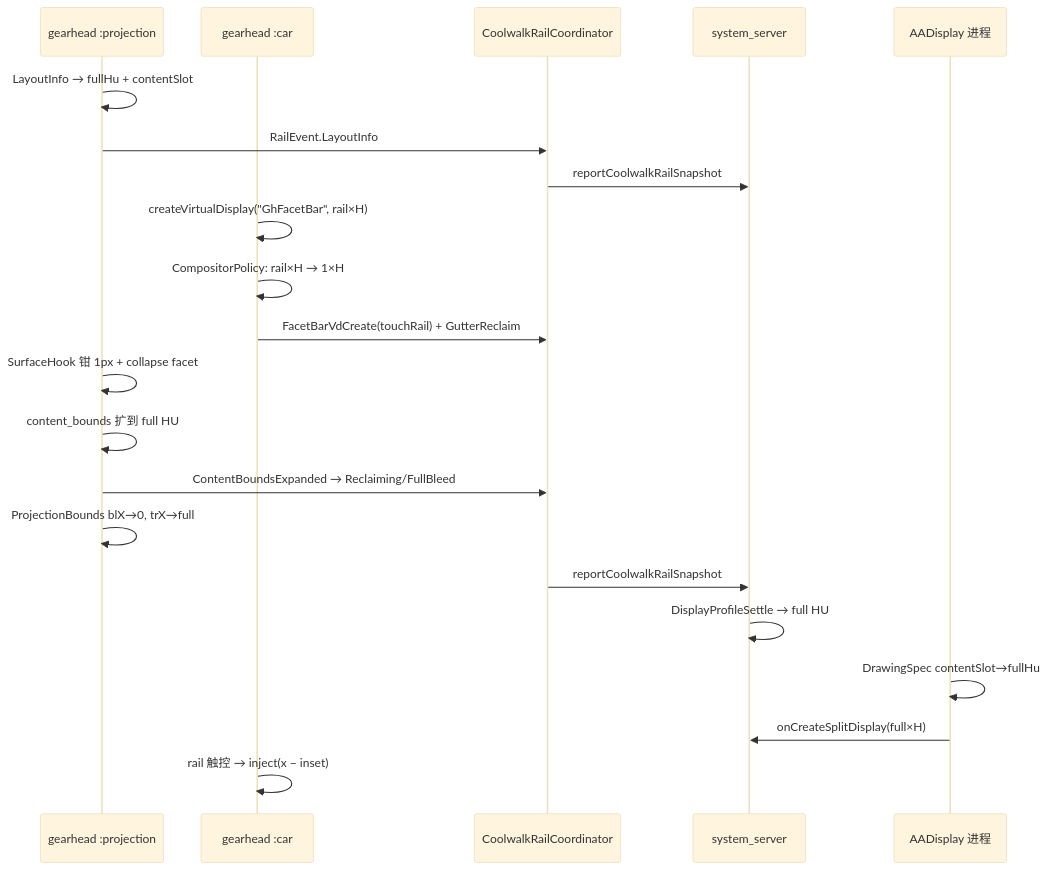
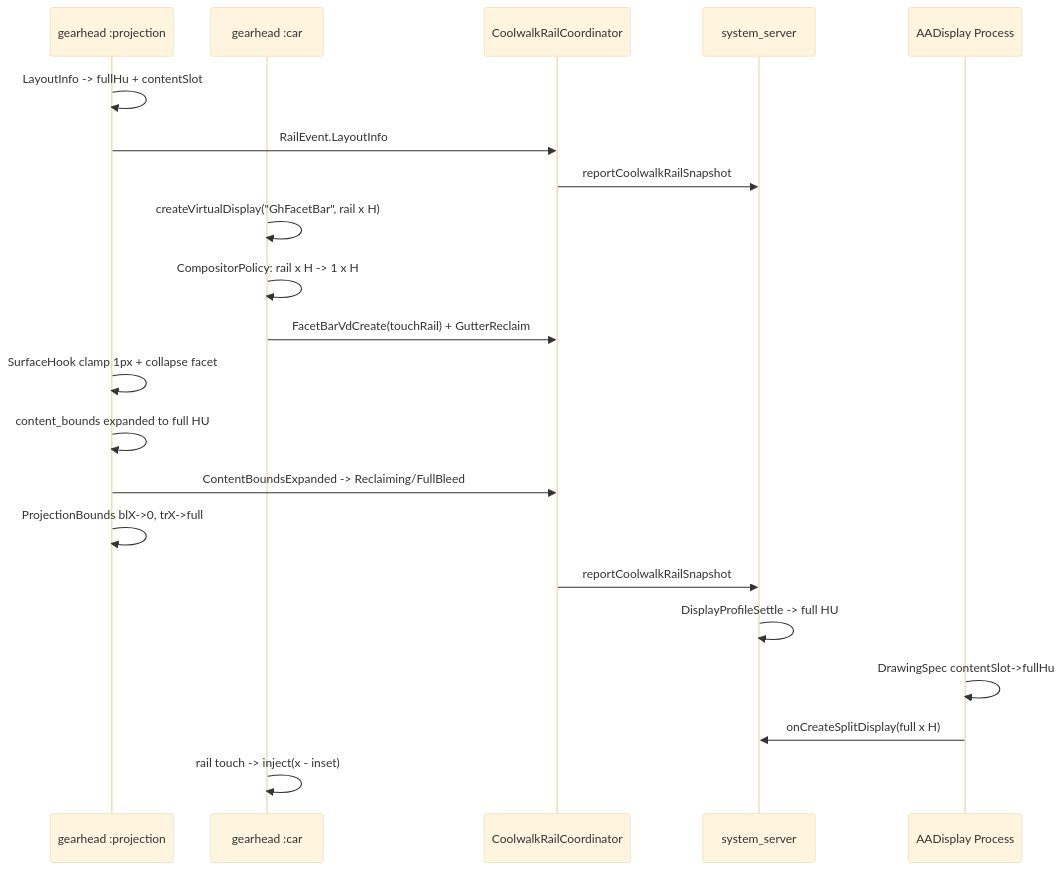
Before and after one commit to deigil/AAXposed: the diagram in docs/COOLWALK_FACETBAR.md, drawn with Mermaid (base theme). The commit also changed other lines of this file and 61 other files, not shown here.

````diff
--- a/docs/COOLWALK_FACETBAR.md
+++ b/docs/COOLWALK_FACETBAR.md
@@ -57,24 +57,24 @@
 ```mermaid
 sequenceDiagram
     participant AA as gearhead :projection
     participant Car as gearhead :car
     participant Coord as CoolwalkRailCoordinator
     participant SS as system_server
-    participant AAD as AADisplay 进程
+    participant AAD as AADisplay Process
 
-    AA->>AA: LayoutInfo → fullHu + contentSlot
+    AA->>AA: LayoutInfo -> fullHu + contentSlot
     AA->>Coord: RailEvent.LayoutInfo
     Coord->>SS: reportCoolwalkRailSnapshot
-    Car->>Car: createVirtualDisplay("GhFacetBar", rail×H)
-    Car->>Car: CompositorPolicy: rail×H → 1×H
+    Car->>Car: createVirtualDisplay("GhFacetBar", rail x H)
+    Car->>Car: CompositorPolicy: rail x H -> 1 x H
     Car->>Coord: FacetBarVdCreate(touchRail) + GutterReclaim
-    AA->>AA: SurfaceHook 钳 1px + collapse facet
-    AA->>AA: content_bounds 扩到 full HU
-    AA->>Coord: ContentBoundsExpanded → Reclaiming/FullBleed
-    AA->>AA: ProjectionBounds blX→0, trX→full
+    AA->>AA: SurfaceHook clamp 1px + collapse facet
+    AA->>AA: content_bounds expanded to full HU
+    AA->>Coord: ContentBoundsExpanded -> Reclaiming/FullBleed
+    AA->>AA: ProjectionBounds blX->0, trX->full
     Coord->>SS: reportCoolwalkRailSnapshot
-    SS->>SS: DisplayProfileSettle → full HU
-    AAD->>AAD: DrawingSpec contentSlot→fullHu
-    AAD->>SS: onCreateSplitDisplay(full×H)
-    Car->>Car: rail 触控 → inject(x − inset)
+    SS->>SS: DisplayProfileSettle -> full HU
+    AAD->>AAD: DrawingSpec contentSlot->fullHu
+    AAD->>SS: onCreateSplitDisplay(full x H)
+    Car->>Car: rail touch -> inject(x - inset)
 ```
````
